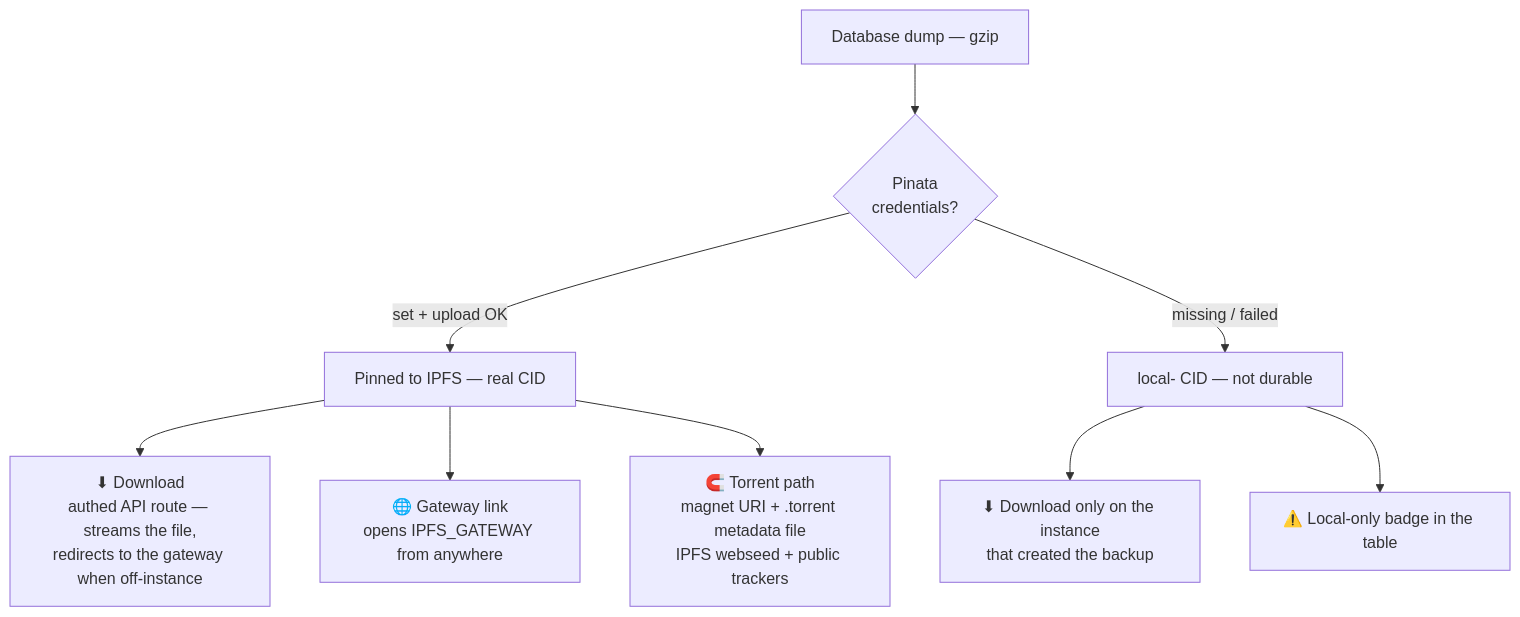
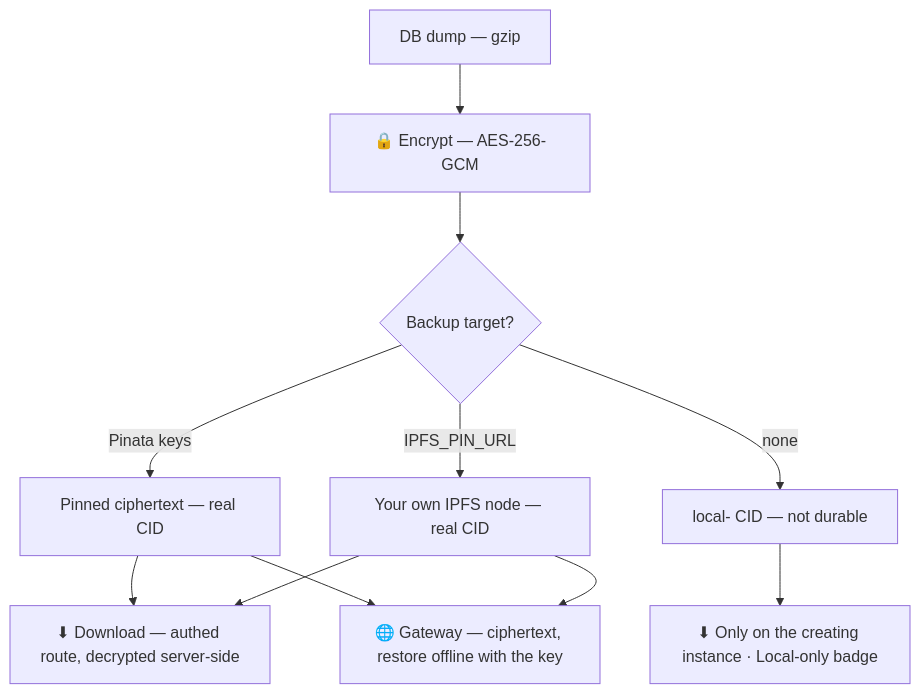
Before and after one commit to yerbaforums/xistrymemz: the fourth of 4 diagrams in README.md, drawn with Mermaid. The commit also changed other lines of this file and 9 other files, not shown here.

````diff
--- a/README.md
+++ b/README.md
@@ -227,13 +179,11 @@
 ```mermaid
 flowchart TB
-  Dump[Database dump — gzip] --> Pinata{Pinata<br/>credentials?}
-  Pinata -->|set + upload OK| Pinned[Pinned to IPFS — real CID]
-  Pinata -->|missing / failed| Local[local- CID — not durable]
-
-  Pinned --> D1[⬇ Download<br/>authed API route — streams the file,<br/>redirects to the gateway when off-instance]
-  Pinned --> D2[🌐 Gateway link<br/>opens IPFS_GATEWAY from anywhere]
-  Pinned --> D3[🧲 Torrent path<br/>magnet URI + .torrent metadata file<br/>IPFS webseed + public trackers]
-
-  Local --> L1[⬇ Download only on the instance<br/>that created the backup]
-  Local --> L2[⚠️ Local-only badge in the table]
+  Dump[DB dump — gzip] --> Enc[🔒 Encrypt — AES-256-GCM]
+  Enc --> Target{Backup target?}
+  Target -->|Pinata keys| Pinata[Pinned ciphertext — real CID]
+  Target -->|IPFS_PIN_URL| Node[Your own IPFS node — real CID]
+  Target -->|none| Local[local- CID — not durable]
+  Pinata & Node --> DL[⬇ Download — authed route, decrypted server-side]
+  Pinata & Node --> GW[🌐 Gateway — ciphertext, restore offline with the key]
+  Local --> L[⬇ Only on the creating instance · Local-only badge]
 ```
````
